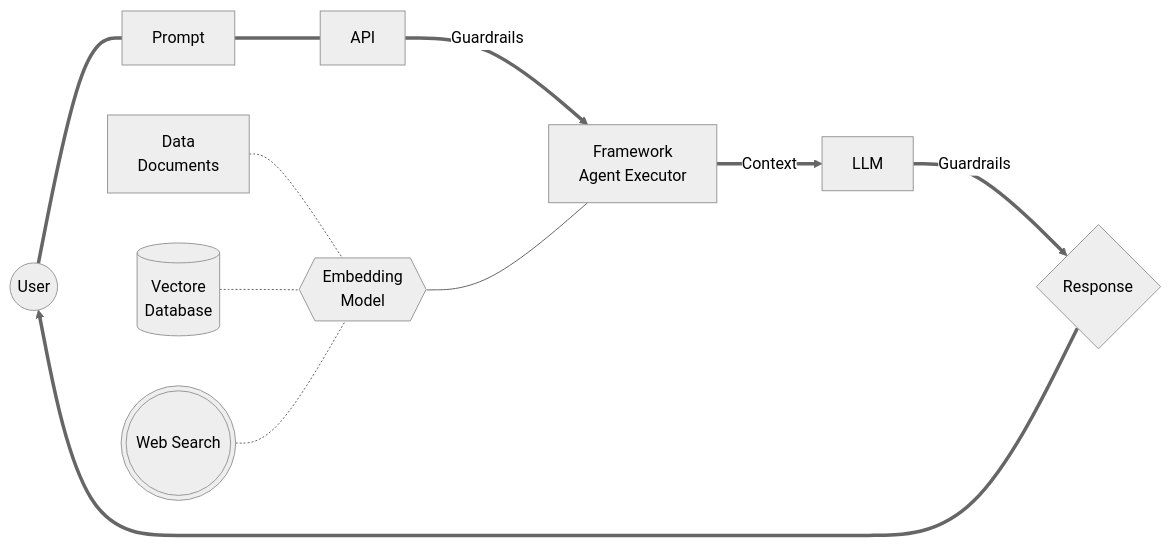
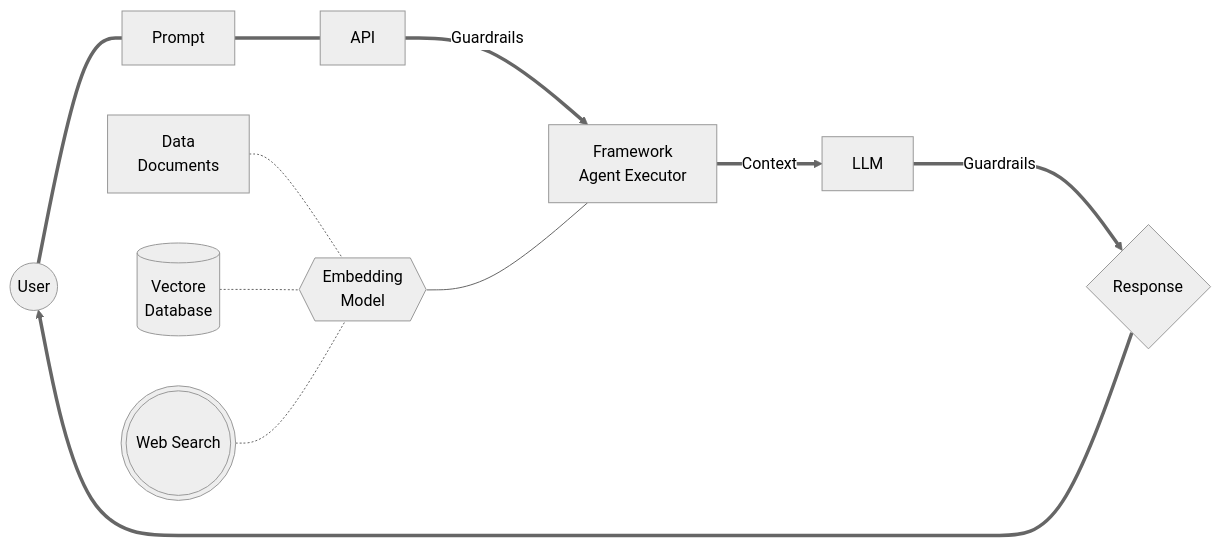
The diagram in bot_mindmap_simplified.md (sebastianmarodi/chatbot_prototype), drawn with Mermaid (neutral theme) before and after one commit.

Commit message:
updated simplified mindmao

````diff
--- a/bot_mindmap_simplified.md
+++ b/bot_mindmap_simplified.md
@@ -15,17 +15,18 @@
 ```mermaid
 flowchart LR;
     id0((User)) === id1[Prompt];
 
     id1 ===  API ==> | Guardrails | id2[Framework\n Agent Executor] 
    
     id2 ==>| Context | LLM
-    LLM  ==> | Guardrails | id7{Response} 
+    LLM  ===> | Guardrails | id7{Response} 
 
     id3 --- id2
     id3{{Embedding\n Model}} 
     id4[Data\n Documents] -.- id3
     id5[(Vectore\n Database)] -.- id3
     id6(((Web Search))) -.- id3
     
-    id7 ==> id0 
+    id7 ==> id0
+
 ```
````
